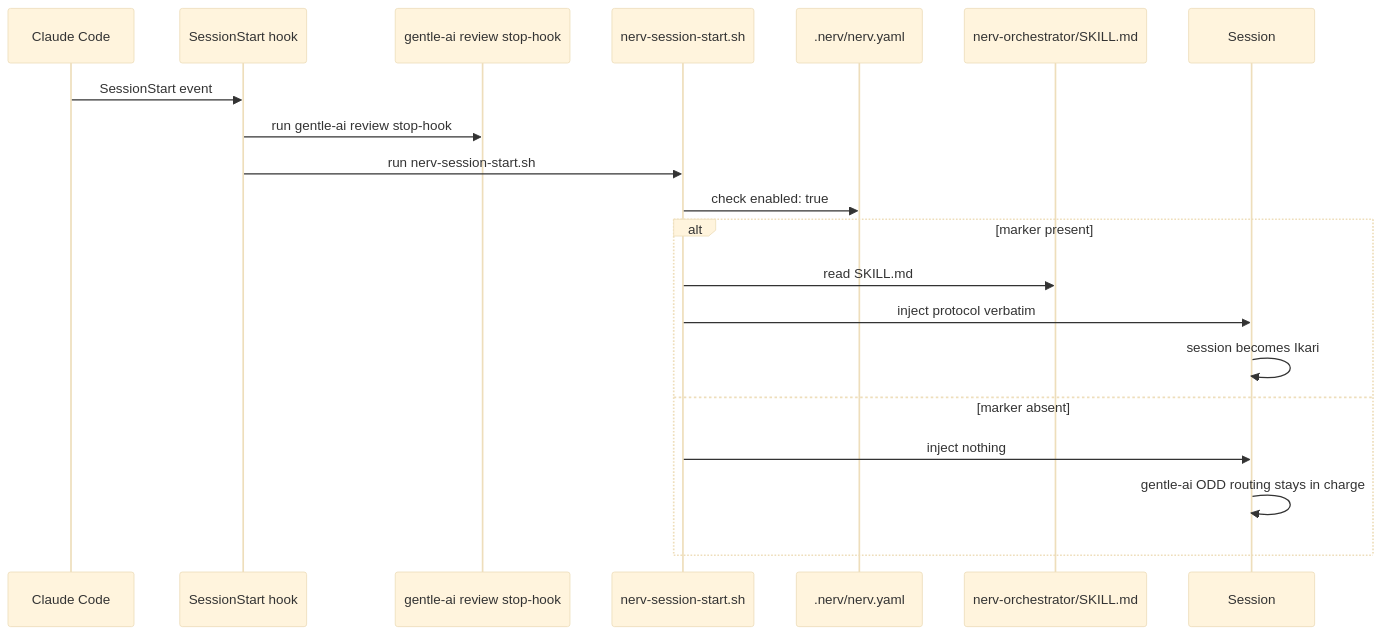
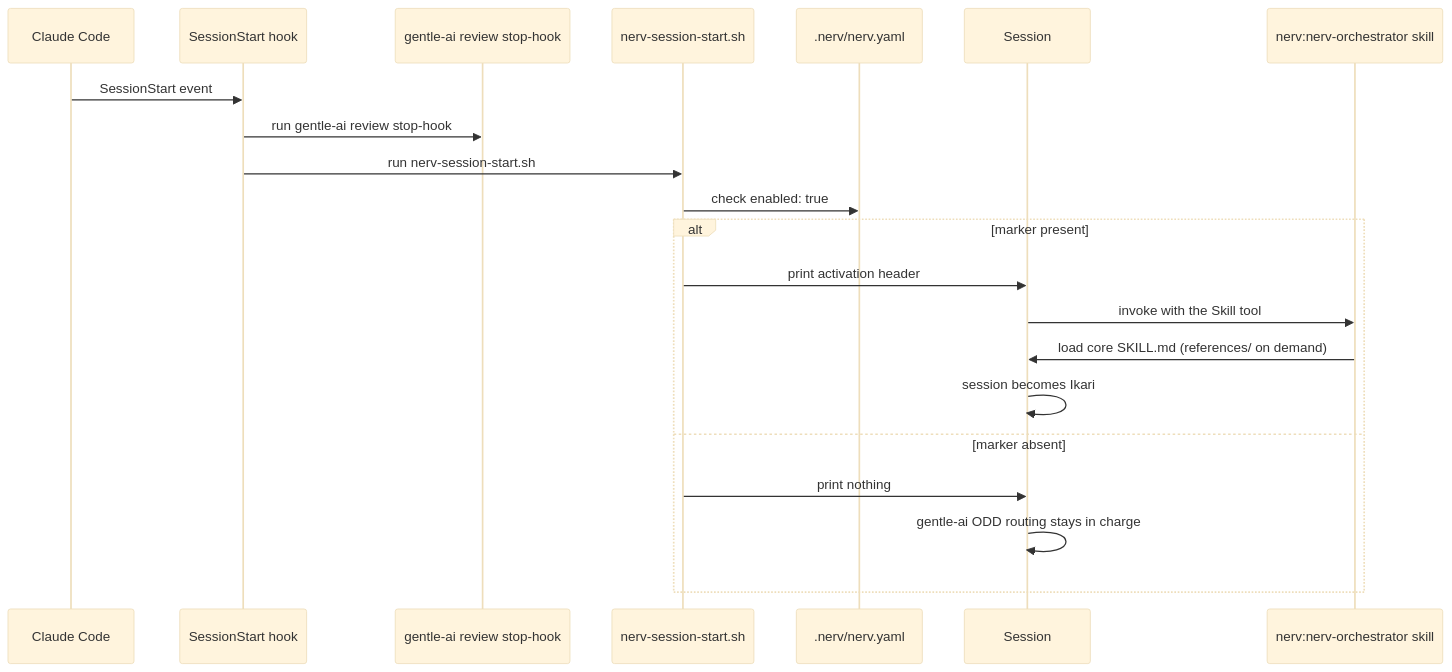
The second of 6 diagrams in docs/integration.md (war-apps/nerv-by-gentle-ai), drawn with Mermaid (base theme) before and after one commit. The commit also changed other lines of this file and 2 other files, not shown here.

First line of the commit message:
docs: describe the activation header and on-demand protocol loading

````diff
--- a/docs/integration.md
+++ b/docs/integration.md
@@ -49,23 +49,24 @@
 ```mermaid
 sequenceDiagram
     participant CC as Claude Code
     participant Hook as SessionStart hook
     participant GA as gentle-ai review stop-hook
     participant NS as nerv-session-start.sh
     participant Cfg as .nerv/nerv.yaml
-    participant Skill as nerv-orchestrator/SKILL.md
     participant Sess as Session
+    participant Skill as nerv:nerv-orchestrator skill
 
     CC->>Hook: SessionStart event
     Hook->>GA: run gentle-ai review stop-hook
     Hook->>NS: run nerv-session-start.sh
     NS->>Cfg: check enabled: true
     alt marker present
-        NS->>Skill: read SKILL.md
-        NS->>Sess: inject protocol verbatim
+        NS->>Sess: print activation header
+        Sess->>Skill: invoke with the Skill tool
+        Skill->>Sess: load core SKILL.md (references/ on demand)
         Sess->>Sess: session becomes Ikari
     else marker absent
-        NS->>Sess: inject nothing
+        NS->>Sess: print nothing
         Sess->>Sess: gentle-ai ODD routing stays in charge
     end
 ```
````
